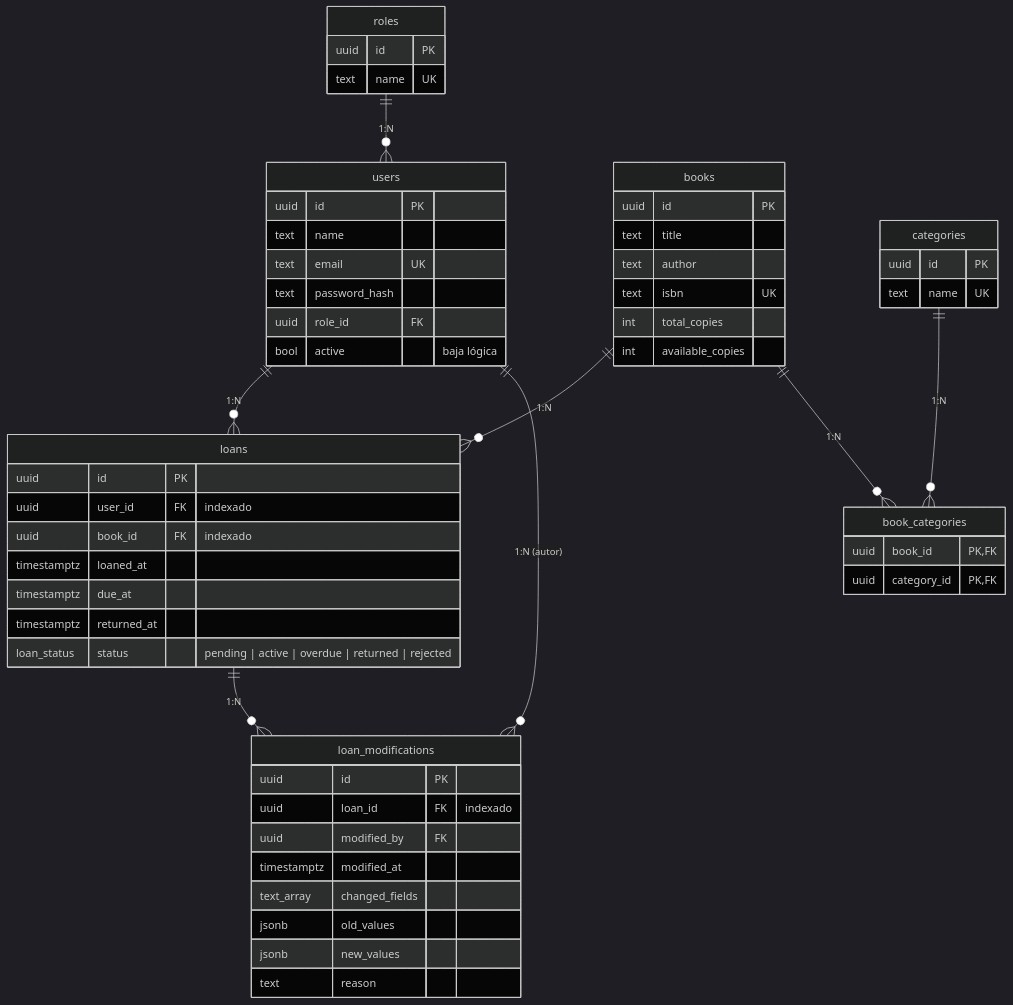
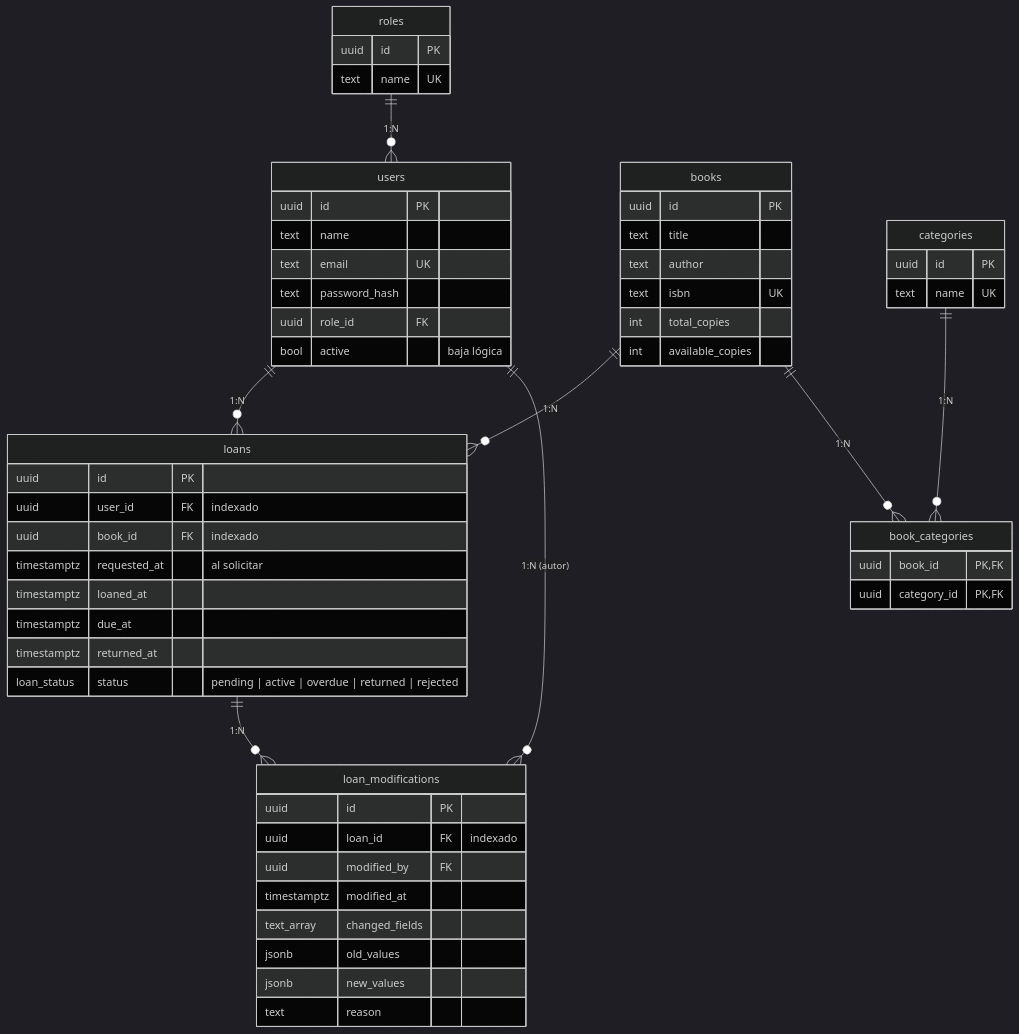
Before and after one commit to tabordathomas-maker/PruebaDeAuxiliar-Backend: the diagram in docs/er.md, drawn with Mermaid (dark theme). The commit also changed other lines of this file and 11 other files, not shown here.

````diff
--- a/docs/er.md
+++ b/docs/er.md
@@ -7,58 +7,59 @@
 ```mermaid
 erDiagram
     roles ||--o{ users : "1:N"
     users ||--o{ loans : "1:N"
     books ||--o{ loans : "1:N"
     books ||--o{ book_categories : "1:N"
     loans ||--o{ loan_modifications : "1:N"
     users ||--o{ loan_modifications : "1:N (autor)"
     categories ||--o{ book_categories : "1:N"
 
     roles {
         uuid id PK
         text name UK
     }
     users {
         uuid id PK
         text name
         text email UK
         text password_hash
         uuid role_id FK
         bool active "baja lógica"
     }
     categories {
         uuid id PK
         text name UK
     }
     books {
         uuid id PK
         text title
         text author
         text isbn UK
         int total_copies
         int available_copies
     }
     book_categories {
         uuid book_id PK, FK
         uuid category_id PK, FK
     }
     loans {
         uuid id PK
         uuid user_id FK "indexado"
         uuid book_id FK "indexado"
+        timestamptz requested_at "al solicitar"
         timestamptz loaned_at
         timestamptz due_at
         timestamptz returned_at
         loan_status status "pending | active | overdue | returned | rejected"
     }
     loan_modifications {
         uuid id PK
         uuid loan_id FK "indexado"
         uuid modified_by FK
         timestamptz modified_at
         text_array changed_fields
         jsonb old_values
         jsonb new_values
         text reason
     }
 ```
````
